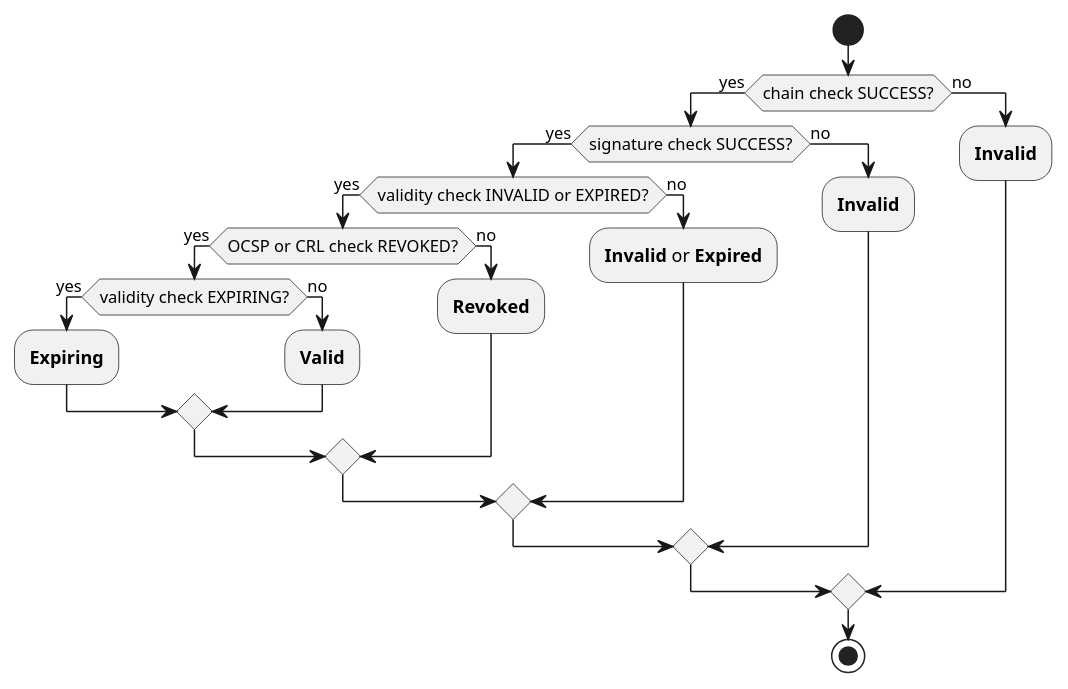
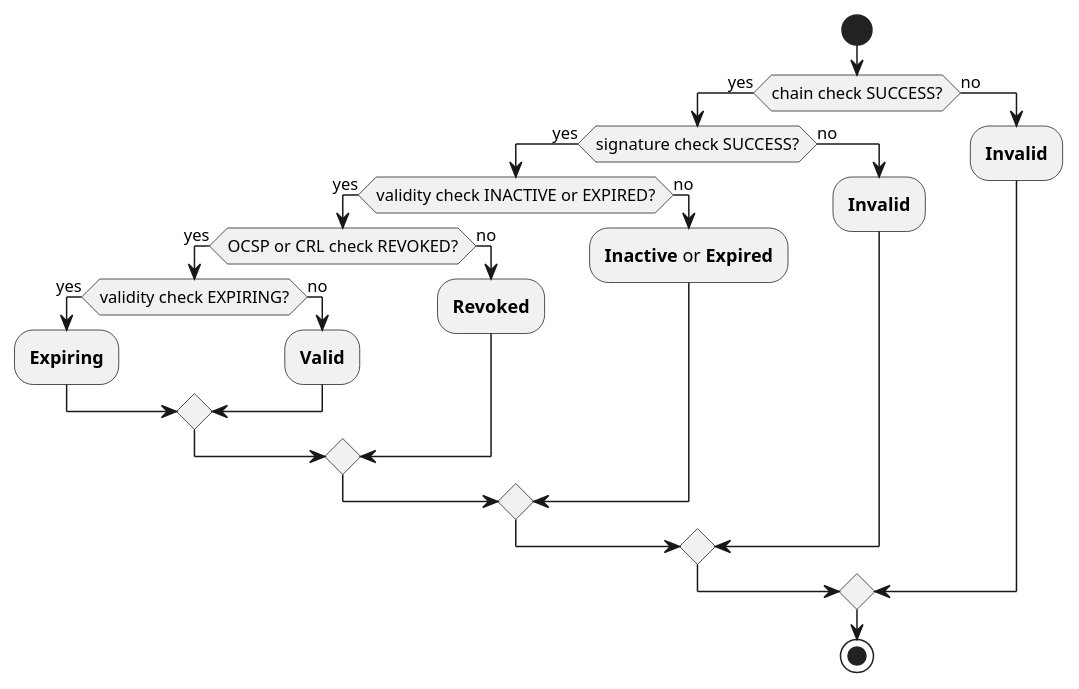
One commit to CZERTAINLY/CZERTAINLY-Documentation changed the fourth of 4 diagrams in docs/10-certificate-key/02-concept-design/04-core-components/12-certificate.md. Above: the diagram before and after it, drawn with PlantUML. The commit also changed other lines of this file, not shown here.

````diff
--- a/docs/10-certificate-key/02-concept-design/04-core-components/12-certificate.md
+++ b/docs/10-certificate-key/02-concept-design/04-core-components/12-certificate.md
@@ -199,31 +216,31 @@
 ```plantuml
 @startuml
 
 start
 
 if (chain check SUCCESS?) then (yes)
   if (signature check SUCCESS?) then (yes)
-    if (validity check INVALID or EXPIRED?) then (yes)
+    if (validity check INACTIVE or EXPIRED?) then (yes)
       if (OCSP or CRL check REVOKED?) then (yes)
         if (validity check EXPIRING?) then (yes)
           :**Expiring**;
         else (no)
           :**Valid**;
         endif
       else (no)
         :**Revoked**;
       endif
     else (no)
-      :**Invalid** or **Expired**;
+      :**Inactive** or **Expired**;
     endif
   else (no)
     :**Invalid**;
   endif
 else (no)
  :**Invalid**;
 endif
 
 stop
 
 @enduml
 ```
````
